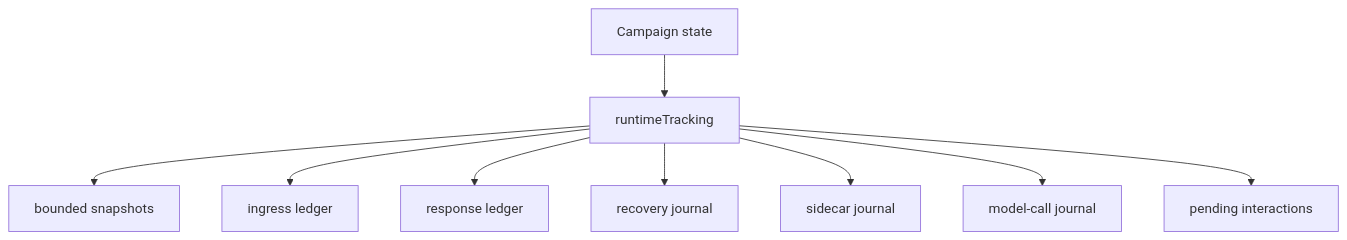
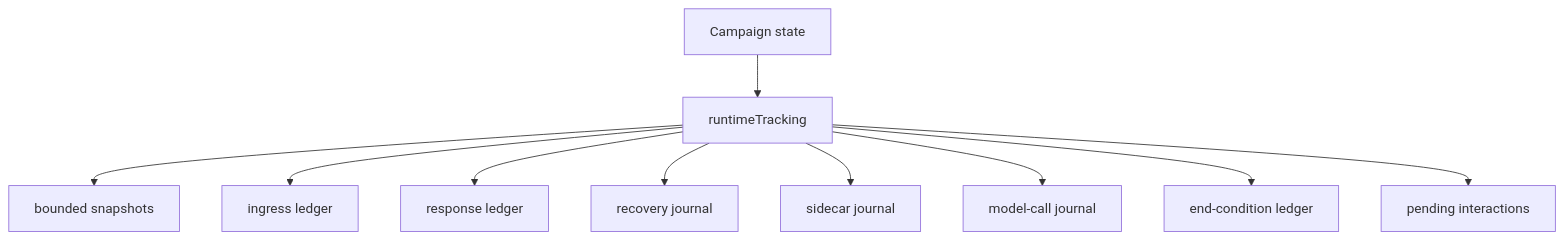
One commit to MentallyQuill/Directive changed the diagram in docs/technical/STATE_TRANSACTIONS_AND_RECOVERY.md. Above: the diagram before and after it, drawn with Mermaid. The commit also changed other lines of this file and 78 other files, not shown here.

Commit message:
Refine runtime shell and campaign activation flow

````diff
--- a/docs/technical/STATE_TRANSACTIONS_AND_RECOVERY.md
+++ b/docs/technical/STATE_TRANSACTIONS_AND_RECOVERY.md
@@ -41,11 +42,12 @@
 ```mermaid
 flowchart TD
   State["Campaign state"] --> Tracking["runtimeTracking"]
   Tracking --> History["bounded snapshots"]
   Tracking --> Ingress["ingress ledger"]
   Tracking --> Response["response ledger"]
   Tracking --> Recovery["recovery journal"]
   Tracking --> Sidecars["sidecar journal"]
   Tracking --> ModelCalls["model-call journal"]
+  Tracking --> Endings["end-condition ledger"]
   Tracking --> Pending["pending interactions"]
 ```
````
